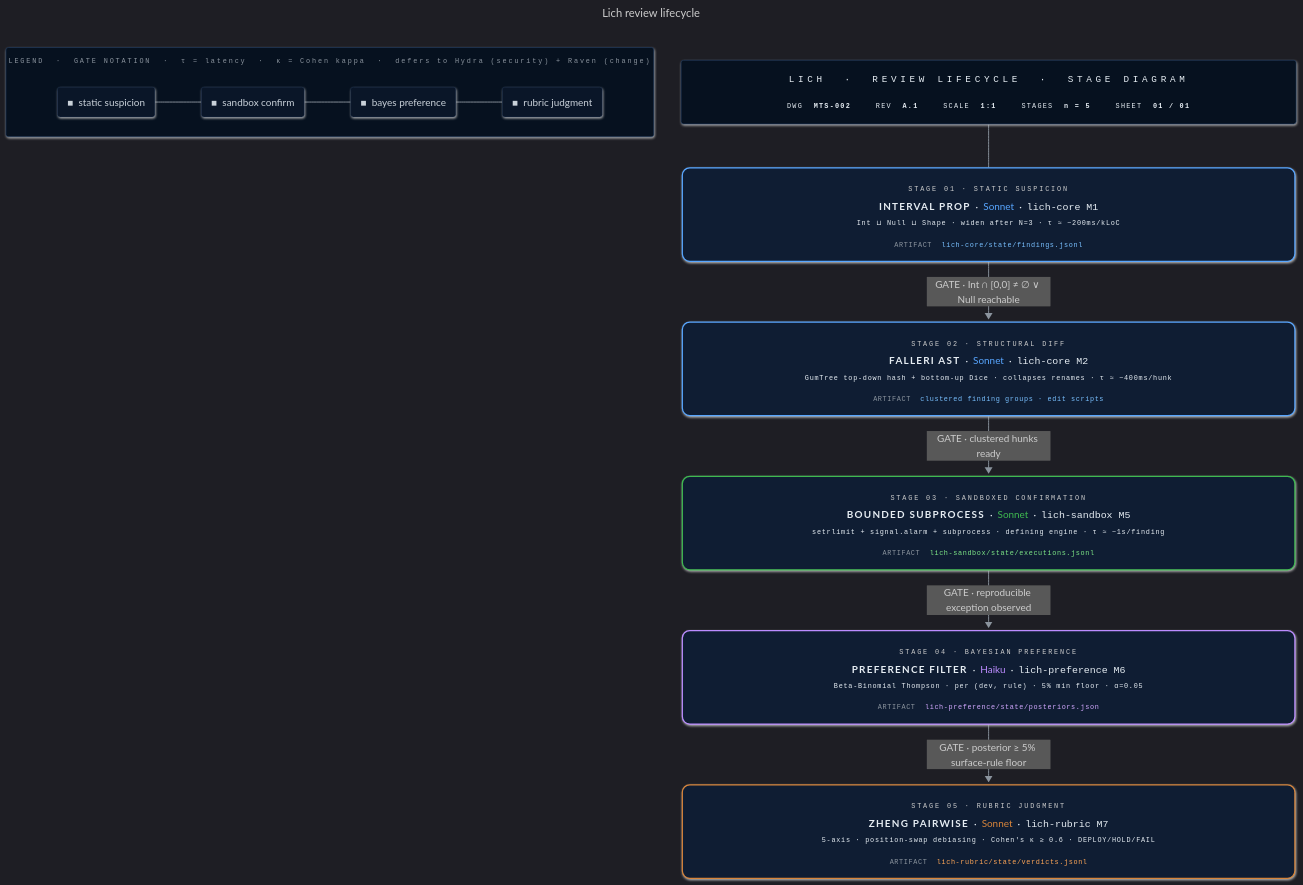
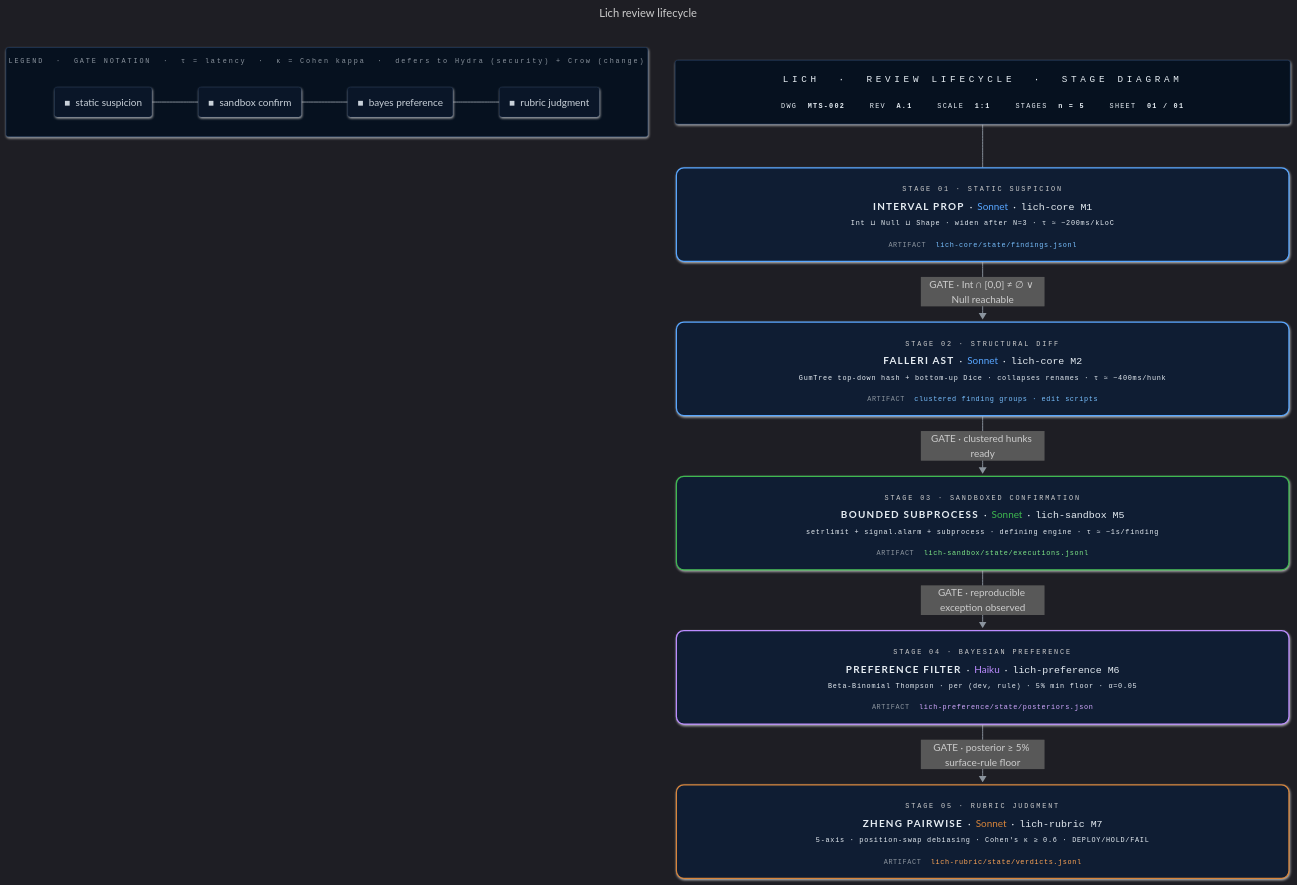
The diagram in docs/assets/lifecycle.mmd (enchanted-plugins/lich), drawn with Mermaid before and after one commit. The commit also changed 1 other file, not shown here.

Commit message:
fix: update old name references in .mmd diagram files

```diff
--- a/docs/assets/lifecycle.mmd
+++ b/docs/assets/lifecycle.mmd
@@ -1,54 +1,54 @@
 ---
 title: Lich review lifecycle
 config:
   look: neo
   theme: dark
   flowchart:
     curve: basis
     padding: 18
     nodeSpacing: 44
     rankSpacing: 50
     htmlLabels: true
     subGraphTitleMargin:
       top: 14
       bottom: 18
 ---
 flowchart TB
     TitleBlock["<div style='font-family:ui-monospace,SFMono-Regular,Consolas,monospace;text-align:center;min-width:940px;padding:6px 10px;line-height:1.8'><div style='color:#58a6ff;font-size:15px;letter-spacing:6px;border-bottom:1px solid #1e3a5f;padding-bottom:10px;margin-bottom:10px'>LICH &nbsp;·&nbsp; REVIEW&nbsp;LIFECYCLE &nbsp;·&nbsp; STAGE&nbsp;DIAGRAM</div><div style='display:flex;gap:40px;justify-content:center;font-size:11px;color:#8b949e;letter-spacing:2px'><span>DWG&nbsp;&nbsp;<b style='color:#e6edf3'>MTS-002</b></span><span>REV&nbsp;&nbsp;<b style='color:#e6edf3'>A.1</b></span><span>SCALE&nbsp;&nbsp;<b style='color:#e6edf3'>1:1</b></span><span>STAGES&nbsp;&nbsp;<b style='color:#e6edf3'>n&nbsp;=&nbsp;5</b></span><span>SHEET&nbsp;&nbsp;<b style='color:#e6edf3'>01&nbsp;/&nbsp;01</b></span></div></div>"]
 
     A["<div style='text-align:center;min-width:940px;line-height:2;padding:4px 8px'><div><span style='font-family:ui-monospace,monospace;color:#8b949e;font-size:11px;letter-spacing:3px'>STAGE&nbsp;01&nbsp;·&nbsp;STATIC&nbsp;SUSPICION</span></div><div style='line-height:1.8'><b style='letter-spacing:2px'>INTERVAL&nbsp;PROP</b>&nbsp;&nbsp;·&nbsp;&nbsp;<span style='color:#58a6ff'>Sonnet</span>&nbsp;&nbsp;·&nbsp;&nbsp;<code style='color:#e6edf3'>lich-core&nbsp;M1</code></div><div style='color:#6e7681;font-size:11px;font-family:ui-monospace,monospace;letter-spacing:1.2px'>Int&nbsp;⊔&nbsp;Null&nbsp;⊔&nbsp;Shape&nbsp;·&nbsp;widen&nbsp;after&nbsp;N=3&nbsp;·&nbsp;τ&nbsp;≈&nbsp;~200ms/kLoC</div><div style='border-top:1px solid #1e3a5f;margin-top:6px;padding-top:6px;font-family:ui-monospace,monospace;font-size:11px;letter-spacing:1px'><span style='color:#8b949e'>ARTIFACT</span>&nbsp;&nbsp;<span style='color:#79c0ff'>lich-core/state/findings.jsonl</span></div></div>"]
 
     B["<div style='text-align:center;min-width:940px;line-height:2;padding:4px 8px'><div><span style='font-family:ui-monospace,monospace;color:#8b949e;font-size:11px;letter-spacing:3px'>STAGE&nbsp;02&nbsp;·&nbsp;STRUCTURAL&nbsp;DIFF</span></div><div style='line-height:1.8'><b style='letter-spacing:2px'>FALLERI&nbsp;AST</b>&nbsp;&nbsp;·&nbsp;&nbsp;<span style='color:#58a6ff'>Sonnet</span>&nbsp;&nbsp;·&nbsp;&nbsp;<code style='color:#e6edf3'>lich-core&nbsp;M2</code></div><div style='color:#6e7681;font-size:11px;font-family:ui-monospace,monospace;letter-spacing:1.2px'>GumTree&nbsp;top-down&nbsp;hash&nbsp;+&nbsp;bottom-up&nbsp;Dice&nbsp;·&nbsp;collapses&nbsp;renames&nbsp;·&nbsp;τ&nbsp;≈&nbsp;~400ms/hunk</div><div style='border-top:1px solid #1e3a5f;margin-top:6px;padding-top:6px;font-family:ui-monospace,monospace;font-size:11px;letter-spacing:1px'><span style='color:#8b949e'>ARTIFACT</span>&nbsp;&nbsp;<span style='color:#79c0ff'>clustered&nbsp;finding&nbsp;groups&nbsp;·&nbsp;edit&nbsp;scripts</span></div></div>"]
 
     C["<div style='text-align:center;min-width:940px;line-height:2;padding:4px 8px'><div><span style='font-family:ui-monospace,monospace;color:#8b949e;font-size:11px;letter-spacing:3px'>STAGE&nbsp;03&nbsp;·&nbsp;SANDBOXED&nbsp;CONFIRMATION</span></div><div style='line-height:1.8'><b style='letter-spacing:2px'>BOUNDED&nbsp;SUBPROCESS</b>&nbsp;&nbsp;·&nbsp;&nbsp;<span style='color:#3fb950'>Sonnet</span>&nbsp;&nbsp;·&nbsp;&nbsp;<code style='color:#e6edf3'>lich-sandbox&nbsp;M5</code></div><div style='color:#6e7681;font-size:11px;font-family:ui-monospace,monospace;letter-spacing:1.2px'>setrlimit&nbsp;+&nbsp;signal.alarm&nbsp;+&nbsp;subprocess&nbsp;·&nbsp;defining&nbsp;engine&nbsp;·&nbsp;τ&nbsp;≈&nbsp;~1s/finding</div><div style='border-top:1px solid #1e3a5f;margin-top:6px;padding-top:6px;font-family:ui-monospace,monospace;font-size:11px;letter-spacing:1px'><span style='color:#8b949e'>ARTIFACT</span>&nbsp;&nbsp;<span style='color:#7ee787'>lich-sandbox/state/executions.jsonl</span></div></div>"]
 
     D["<div style='text-align:center;min-width:940px;line-height:2;padding:4px 8px'><div><span style='font-family:ui-monospace,monospace;color:#8b949e;font-size:11px;letter-spacing:3px'>STAGE&nbsp;04&nbsp;·&nbsp;BAYESIAN&nbsp;PREFERENCE</span></div><div style='line-height:1.8'><b style='letter-spacing:2px'>PREFERENCE&nbsp;FILTER</b>&nbsp;&nbsp;·&nbsp;&nbsp;<span style='color:#bc8cff'>Haiku</span>&nbsp;&nbsp;·&nbsp;&nbsp;<code style='color:#e6edf3'>lich-preference&nbsp;M6</code></div><div style='color:#6e7681;font-size:11px;font-family:ui-monospace,monospace;letter-spacing:1.2px'>Beta-Binomial&nbsp;Thompson&nbsp;·&nbsp;per&nbsp;(dev,&nbsp;rule)&nbsp;·&nbsp;5%&nbsp;min&nbsp;floor&nbsp;·&nbsp;α=0.05</div><div style='border-top:1px solid #1e3a5f;margin-top:6px;padding-top:6px;font-family:ui-monospace,monospace;font-size:11px;letter-spacing:1px'><span style='color:#8b949e'>ARTIFACT</span>&nbsp;&nbsp;<span style='color:#d2a8ff'>lich-preference/state/posteriors.json</span></div></div>"]
 
     E["<div style='text-align:center;min-width:940px;line-height:2;padding:4px 8px'><div><span style='font-family:ui-monospace,monospace;color:#8b949e;font-size:11px;letter-spacing:3px'>STAGE&nbsp;05&nbsp;·&nbsp;RUBRIC&nbsp;JUDGMENT</span></div><div style='line-height:1.8'><b style='letter-spacing:2px'>ZHENG&nbsp;PAIRWISE</b>&nbsp;&nbsp;·&nbsp;&nbsp;<span style='color:#d8853b'>Sonnet</span>&nbsp;&nbsp;·&nbsp;&nbsp;<code style='color:#e6edf3'>lich-rubric&nbsp;M7</code></div><div style='color:#6e7681;font-size:11px;font-family:ui-monospace,monospace;letter-spacing:1.2px'>5-axis&nbsp;·&nbsp;position-swap&nbsp;debiasing&nbsp;·&nbsp;Cohen's&nbsp;κ&nbsp;≥&nbsp;0.6&nbsp;·&nbsp;DEPLOY/HOLD/FAIL</div><div style='border-top:1px solid #1e3a5f;margin-top:6px;padding-top:6px;font-family:ui-monospace,monospace;font-size:11px;letter-spacing:1px'><span style='color:#8b949e'>ARTIFACT</span>&nbsp;&nbsp;<span style='color:#ffa657'>lich-rubric/state/verdicts.jsonl</span></div></div>"]
 
-    subgraph Legend["<div style='font-family:ui-monospace,monospace;color:#8b949e;font-size:11px;letter-spacing:3px;min-width:940px;text-align:center'>LEGEND&nbsp;&nbsp;·&nbsp;&nbsp;GATE&nbsp;NOTATION&nbsp;&nbsp;·&nbsp;&nbsp;τ&nbsp;=&nbsp;latency&nbsp;&nbsp;·&nbsp;&nbsp;κ&nbsp;=&nbsp;Cohen&nbsp;kappa&nbsp;&nbsp;·&nbsp;&nbsp;defers&nbsp;to&nbsp;Hydra&nbsp;(security)&nbsp;+&nbsp;Raven&nbsp;(change)</div>"]
+    subgraph Legend["<div style='font-family:ui-monospace,monospace;color:#8b949e;font-size:11px;letter-spacing:3px;min-width:940px;text-align:center'>LEGEND&nbsp;&nbsp;·&nbsp;&nbsp;GATE&nbsp;NOTATION&nbsp;&nbsp;·&nbsp;&nbsp;τ&nbsp;=&nbsp;latency&nbsp;&nbsp;·&nbsp;&nbsp;κ&nbsp;=&nbsp;Cohen&nbsp;kappa&nbsp;&nbsp;·&nbsp;&nbsp;defers&nbsp;to&nbsp;Hydra&nbsp;(security)&nbsp;+&nbsp;Crow&nbsp;(change)</div>"]
         direction LR
         lg1["<span style='color:#58a6ff'>■</span>&nbsp;&nbsp;static&nbsp;suspicion"] --- lg2["<span style='color:#3fb950'>■</span>&nbsp;&nbsp;sandbox&nbsp;confirm"] --- lg3["<span style='color:#bc8cff'>■</span>&nbsp;&nbsp;bayes&nbsp;preference"] --- lg4["<span style='color:#d8853b'>■</span>&nbsp;&nbsp;rubric&nbsp;judgment"]
     end
 
     TitleBlock ~~~ A
     A ==>|"GATE · Int ∩ [0,0] ≠ ∅ ∨ Null reachable"| B
     B ==>|"GATE · clustered hunks ready"| C
     C ==>|"GATE · reproducible exception observed"| D
     D ==>|"GATE · posterior ≥ 5% surface-rule floor"| E
 
     classDef titleBlock fill:#06111f,stroke:#1e3a5f,stroke-width:1px,color:#e6edf3,rx:4,ry:4
     classDef legend fill:#06111f,stroke:#1e3a5f,stroke-width:1px,color:#8b949e,rx:4,ry:4
     classDef legendItem fill:#0a1628,stroke:#1e3a5f,stroke-width:0.5px,color:#c9d1d9,rx:4,ry:4
 
     class TitleBlock titleBlock
     class Legend legend
     class lg1,lg2,lg3,lg4 legendItem
 
     style A fill:#0f1d33,stroke:#58a6ff,stroke-width:2px,color:#e6edf3,rx:12,ry:12
     style B fill:#0f1d33,stroke:#58a6ff,stroke-width:2px,color:#e6edf3,rx:12,ry:12
     style C fill:#0f1d33,stroke:#3fb950,stroke-width:2px,color:#e6edf3,rx:12,ry:12
     style D fill:#0f1d33,stroke:#bc8cff,stroke-width:2px,color:#e6edf3,rx:12,ry:12
     style E fill:#0f1d33,stroke:#d8853b,stroke-width:2px,color:#e6edf3,rx:12,ry:12
 
     linkStyle default stroke:#8b949e,stroke-width:1.5px
```
